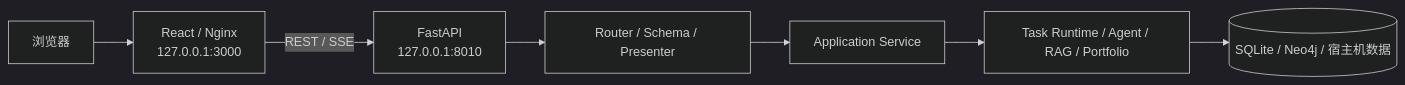
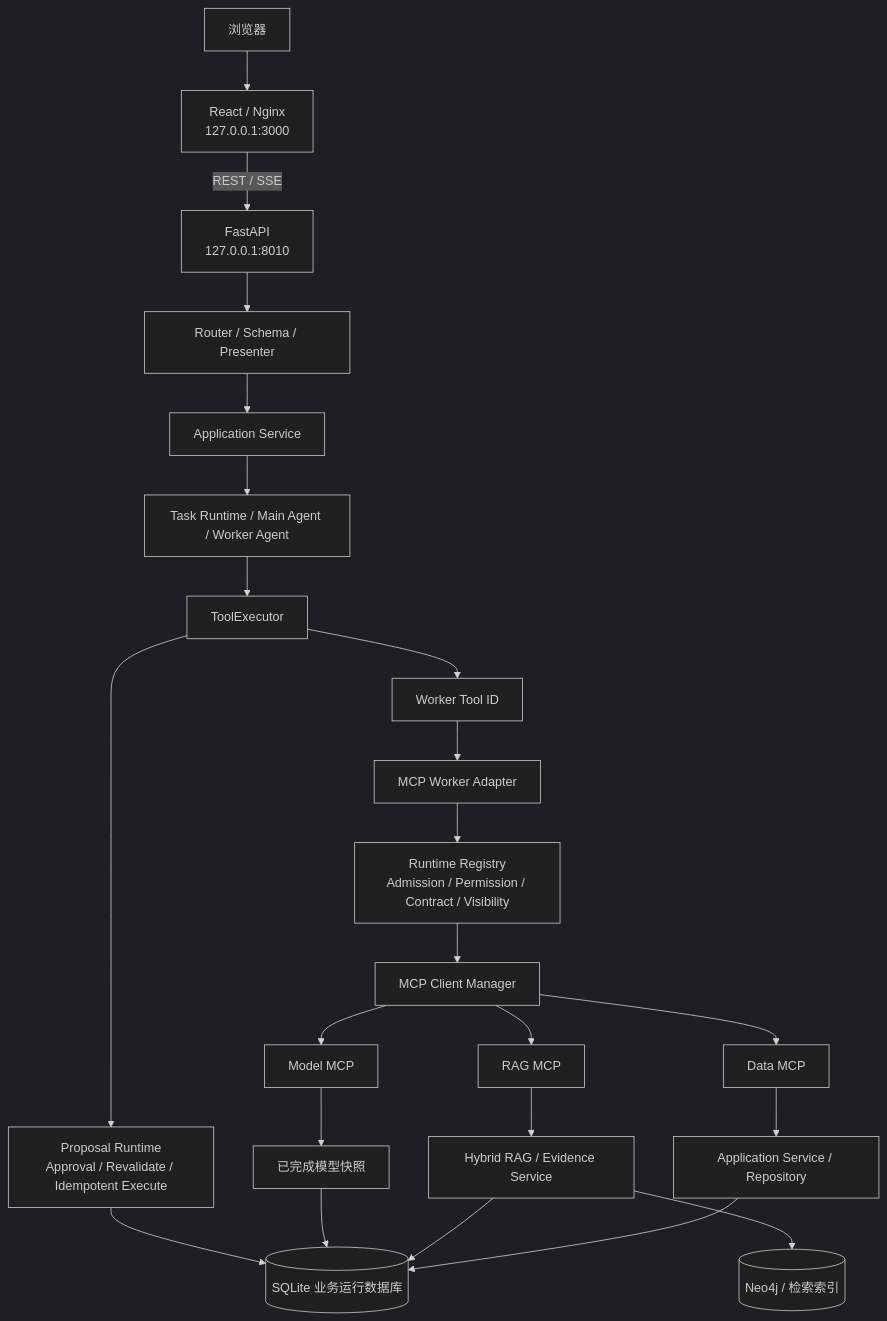
The third of 3 diagrams in README.md (lxh-boop/-), drawn with Mermaid (dark theme) before and after one commit. The commit also changed other lines of this file and 2 other files, not shown here.

````diff
--- a/README.md
+++ b/README.md
@@ -148,9 +249,25 @@
 ```mermaid
-flowchart LR
+flowchart TB
     A["浏览器"] --> B["React / Nginx<br/>127.0.0.1:3000"]
     B -->|REST / SSE| C["FastAPI<br/>127.0.0.1:8010"]
     C --> D["Router / Schema / Presenter"]
     D --> E["Application Service"]
-    E --> F["Task Runtime / Agent / RAG / Portfolio"]
-    F --> G[("SQLite / Neo4j / 宿主机数据")]
+    E --> F["Task Runtime / Main Agent / Worker Agent"]
+    F --> G["ToolExecutor"]
+    G --> H["Worker Tool ID"]
+    H --> I["MCP Worker Adapter"]
+    I --> J["Runtime Registry<br/>Admission / Permission / Contract / Visibility"]
+    J --> K["MCP Client Manager"]
+    K --> L["Data MCP"]
+    K --> M["RAG MCP"]
+    K --> N["Model MCP"]
+    L --> O["Application Service / Repository"]
+    M --> P["Hybrid RAG / Evidence Service"]
+    N --> Q["已完成模型快照"]
+    O --> R[("SQLite 业务运行数据库")]
+    P --> R
+    P --> S[("Neo4j / 检索索引")]
+    Q --> R
+    G --> T["Proposal Runtime<br/>Approval / Revalidate / Idempotent Execute"]
+    T --> R
 ```
````
